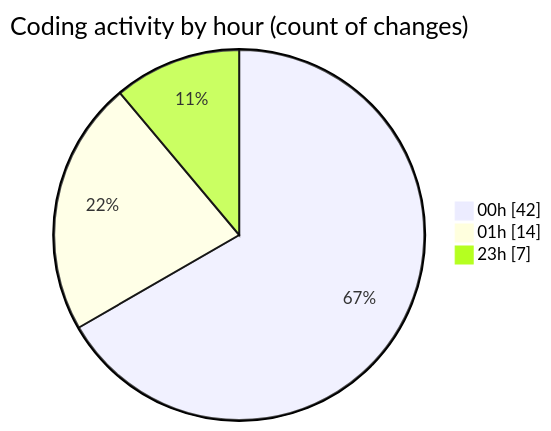
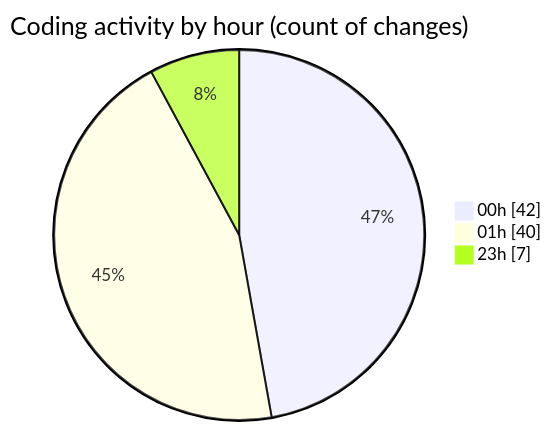
The second of 2 diagrams in 2025-08-12/rentotp/README.md (lephambinh05/code-tracking), drawn with Mermaid before and after one commit. The commit also changed other lines of this file and 1 other file, not shown here.

````diff
--- a/2025-08-12/rentotp/README.md
+++ b/2025-08-12/rentotp/README.md
@@ -41,7 +41,7 @@
 ```mermaid
 pie showData
 title Coding activity by hour (count of changes)
 "00h" : 42
-"01h" : 14
+"01h" : 40
 "23h" : 7
 ```
````
